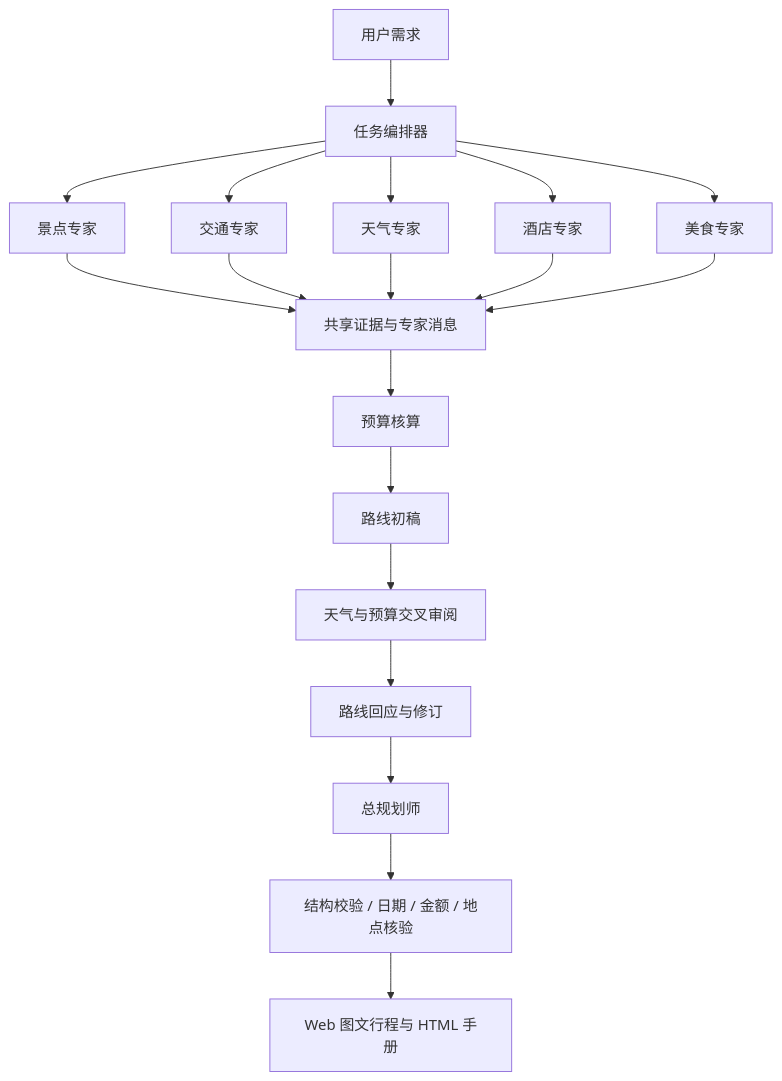
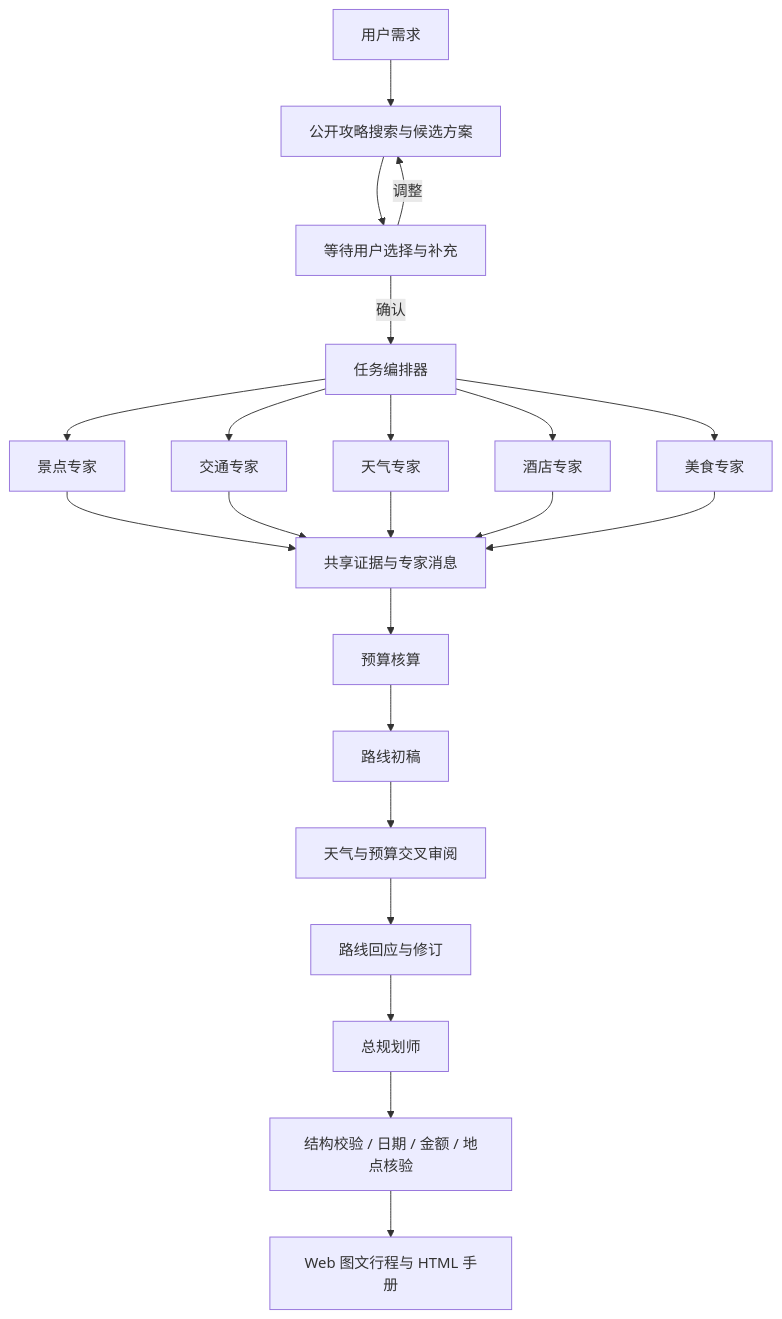
One commit to XiaoyeCodes/roam-travel-agent changed the diagram in docs/ARCHITECTURE.md. Above: the diagram before and after it, drawn with Mermaid. The commit also changed other lines of this file and 88 other files, not shown here.

````diff
--- a/docs/ARCHITECTURE.md
+++ b/docs/ARCHITECTURE.md
@@ -34,17 +42,20 @@
 ```mermaid
 flowchart TD
-  U[用户需求] --> S[任务编排器]
+  U[用户需求] --> P0[公开攻略搜索与候选方案]
+  P0 --> C[等待用户选择与补充]
+  C -->|调整| P0
+  C -->|确认| S[任务编排器]
   S --> A[景点专家]
   S --> T[交通专家]
   S --> W[天气专家]
   S --> H[酒店专家]
   S --> F[美食专家]
   A & T & W & H & F --> E[共享证据与专家消息]
   E --> B[预算核算]
   B --> R[路线初稿]
   R --> Q[天气与预算交叉审阅]
   Q --> R2[路线回应与修订]
   R2 --> P[总规划师]
   P --> V[结构校验 / 日期 / 金额 / 地点核验]
   V --> UI[Web 图文行程与 HTML 手册]
 ```
````
